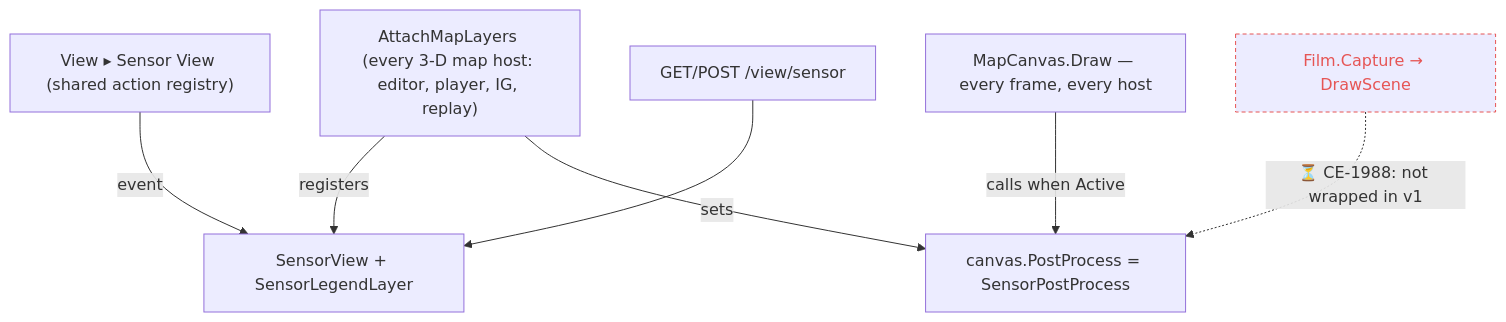
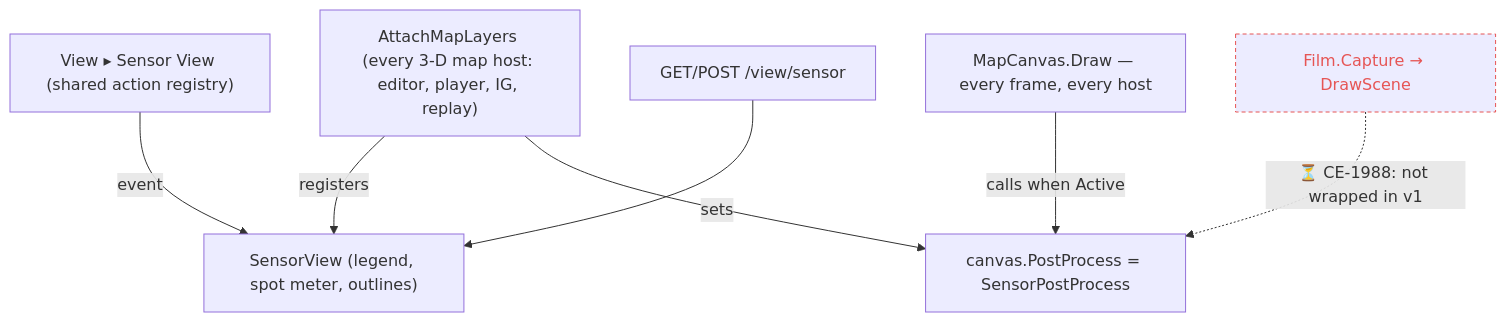
Before and after one commit to pjanec/HROT: the fourth of 6 diagrams in docs/designs/sensor-view/DESIGN_Sensor_View.md, drawn with Mermaid. The commit also changed other lines of this file and 12 other files, not shown here.

````diff
--- a/docs/designs/sensor-view/DESIGN_Sensor_View.md
+++ b/docs/designs/sensor-view/DESIGN_Sensor_View.md
@@ -249,11 +269,11 @@
 ```mermaid
 graph TD
-  AML["AttachMapLayers (every 3-D map host: editor, player, IG, replay)"] -->|registers| SV2["SensorView + SensorLegendLayer"]
+  AML["AttachMapLayers (every 3-D map host: editor, player, IG, replay)"] -->|registers| SV2["SensorView (legend, spot meter, outlines)"]
   AML -->|sets| PPS["canvas.PostProcess = SensorPostProcess"]
   MENU["View ▸ Sensor View (shared action registry)"] -->|event| SV2
   HTTP["GET/POST /view/sensor"] --> SV2
   CANVAS["MapCanvas.Draw — every frame, every host"] -->|calls when Active| PPS
   FILM["Film.Capture → DrawScene"] -.->|⏳ CE-1988: not wrapped in v1| PPS
   classDef dead stroke:#E65555,stroke-dasharray:4 3,color:#E65555;
   class FILM dead;
 ```
````
